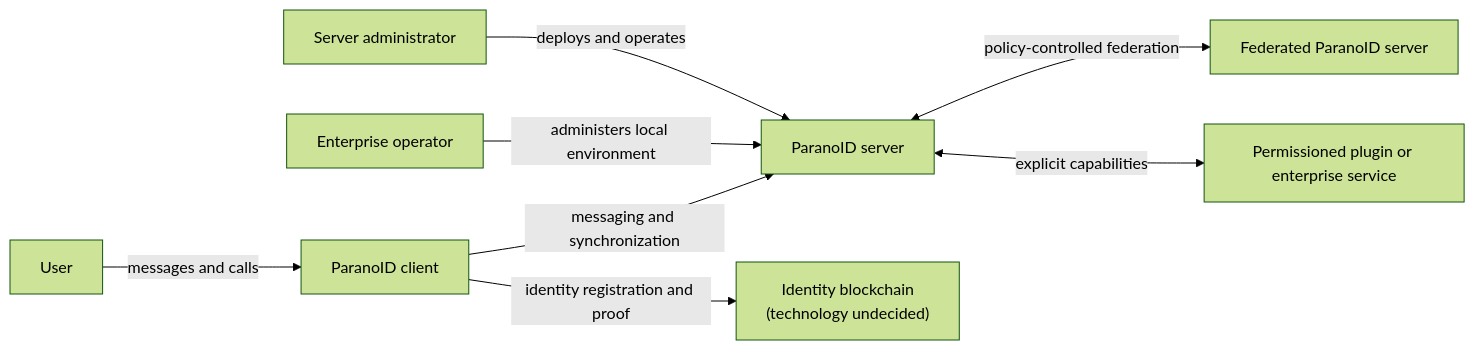
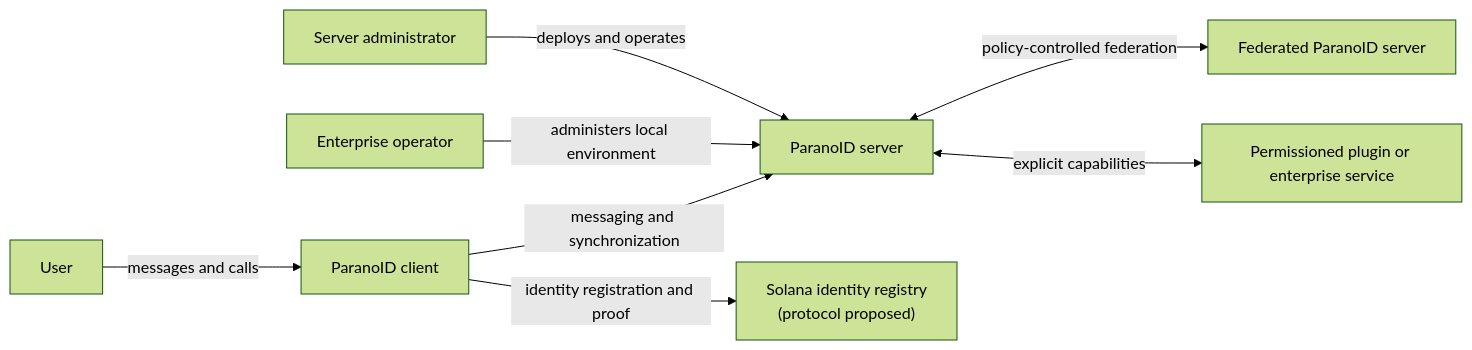
Before and after one commit to GOTD-GLOBAL/ParanoID: the diagram in docs/architecture/README.md, drawn with Mermaid (forest theme). The commit also changed other lines of this file and 14 other files, not shown here.

````diff
--- a/docs/architecture/README.md
+++ b/docs/architecture/README.md
@@ -28,19 +29,19 @@
 ```mermaid
 flowchart LR
     user["User"]
     admin["Server administrator"]
     enterprise["Enterprise operator"]
     client["ParanoID client"]
     server["ParanoID server"]
     peer["Federated ParanoID server"]
-    chain["Identity blockchain<br/>(technology undecided)"]
+    chain["Solana identity registry<br/>(protocol proposed)"]
     plugin["Permissioned plugin or enterprise service"]
 
     user -->|messages and calls| client
     client -->|messaging and synchronization| server
     client -->|identity registration and proof| chain
     admin -->|deploys and operates| server
     enterprise -->|administers local environment| server
     server <-->|policy-controlled federation| peer
     server <-->|explicit capabilities| plugin
 ```
````
